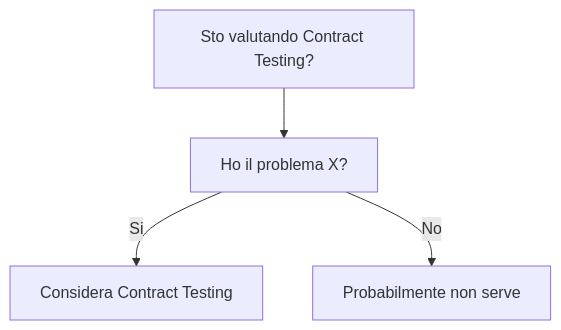
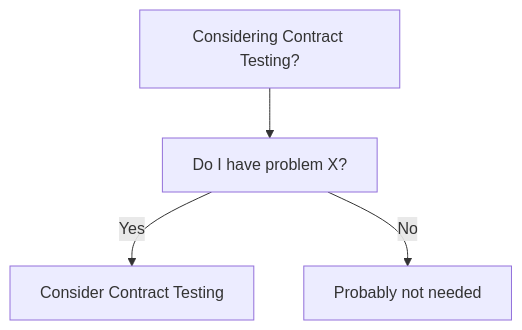
Before and after one commit to HxT9/Software-Dev-Wiki: the diagram in dev-wiki/09_Testing/Contract_Testing/When_To_Use.md, drawn with Mermaid. The commit also changed other lines of this file and 3444 other files, not shown here.

````diff
--- a/dev-wiki/09_Testing/Contract_Testing/When_To_Use.md
+++ b/dev-wiki/09_Testing/Contract_Testing/When_To_Use.md
@@ -19,6 +19,6 @@
 ```mermaid
 flowchart TD
-  Q[Sto valutando Contract Testing?] --> Q1[Ho il problema X?]
-  Q1 -->|Si| OK[Considera Contract Testing]
-  Q1 -->|No| NO[Probabilmente non serve]
+  Q[Considering Contract Testing?] --> Q1[Do I have problem X?]
+  Q1 -->|Yes| OK[Consider Contract Testing]
+  Q1 -->|No| NO[Probably not needed]
 ```
````
